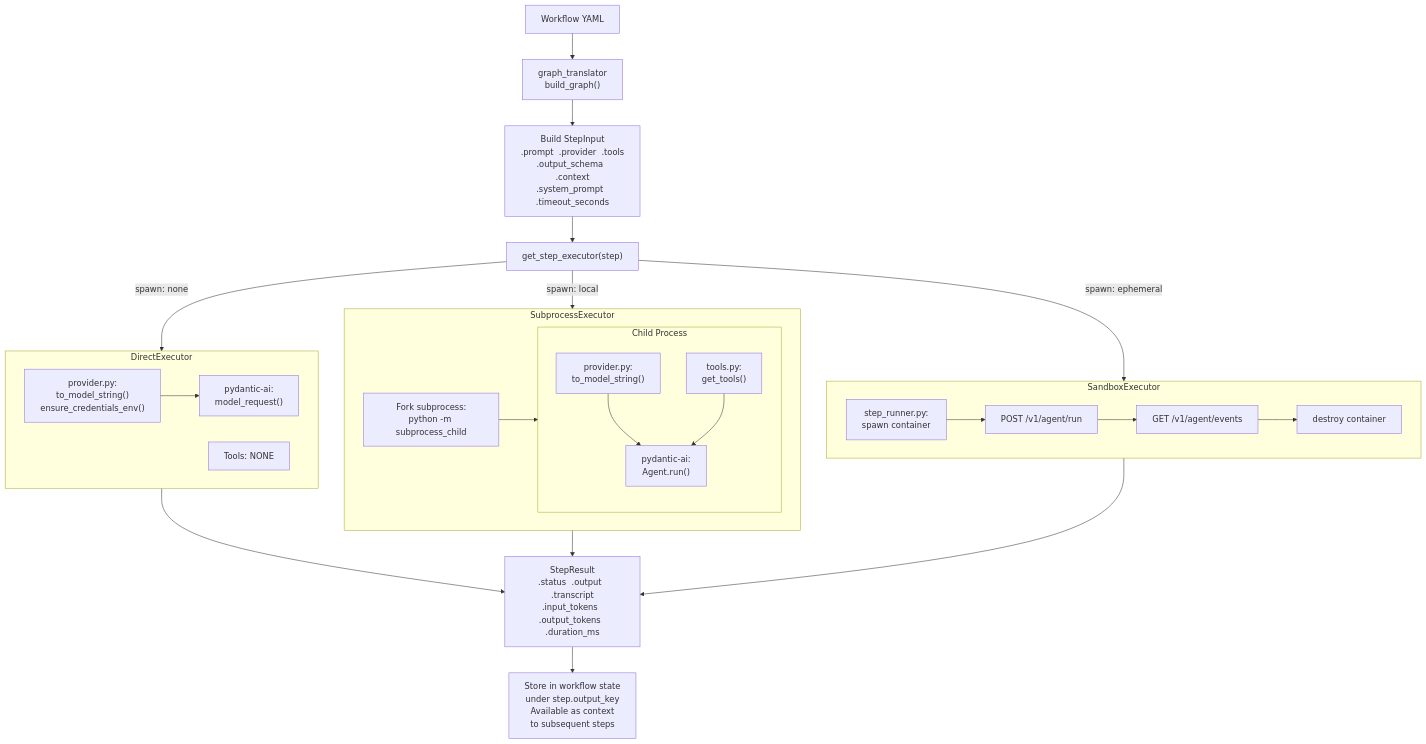
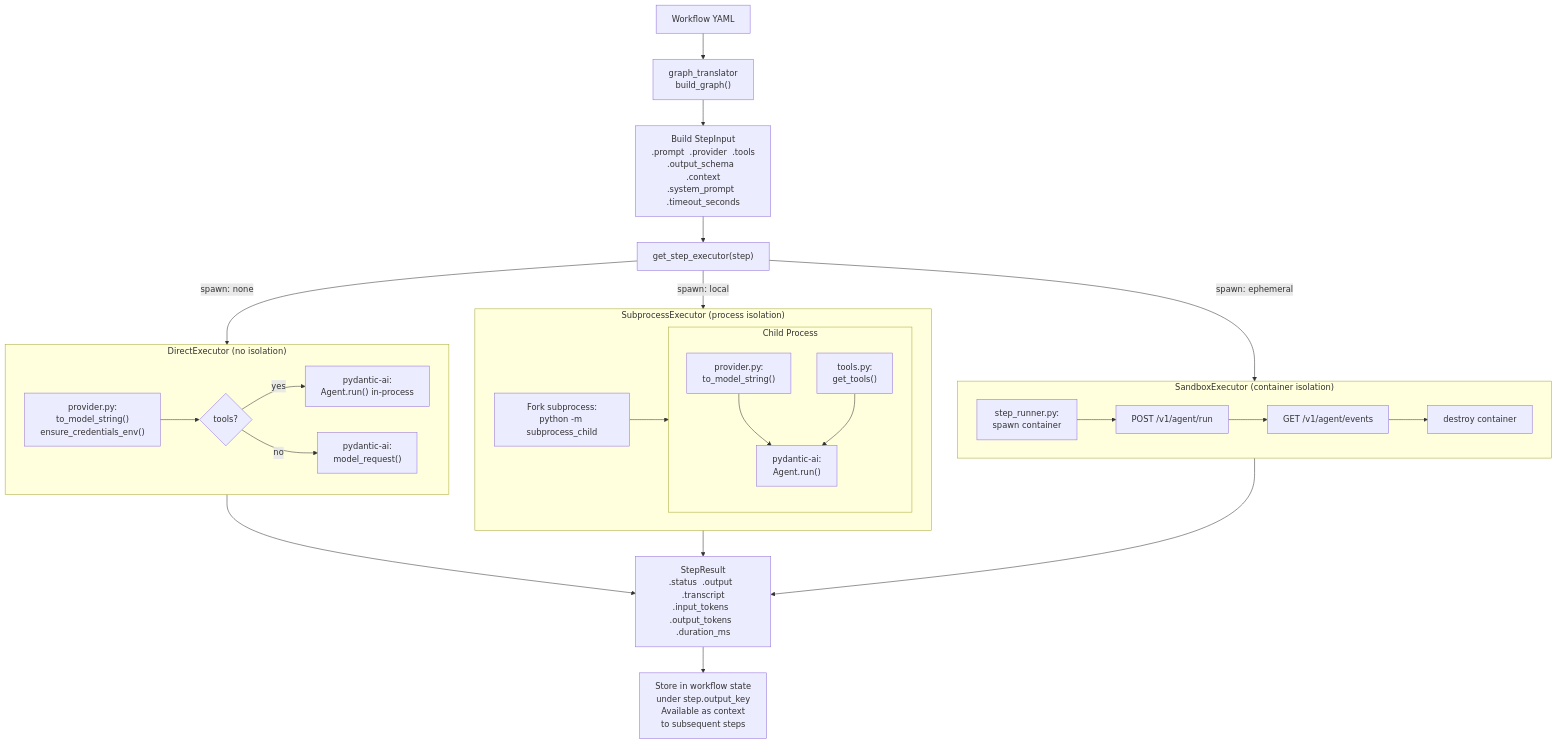
Before and after one commit to jameswnl/lightspeed-cloud-agents: the third of 6 diagrams in docs/tool-registry-architecture.md, drawn with Mermaid. The commit also changed other lines of this file, not shown here.

First line of the commit message:
Address review feedback: mark planned features, add MCP/skills roadmap

````diff
--- a/docs/tool-registry-architecture.md
+++ b/docs/tool-registry-architecture.md
@@ -72,45 +94,48 @@
 ```mermaid
 flowchart TD
     yaml["Workflow YAML"] --> translator["graph_translator<br/>build_graph()"]
 
     translator --> stepinput["Build StepInput<br/>.prompt  .provider  .tools<br/>.output_schema  .context<br/>.system_prompt  .timeout_seconds"]
 
     stepinput --> dispatch["get_step_executor(step)"]
 
     dispatch -->|"spawn: none"| direct
     dispatch -->|"spawn: local"| subprocess
     dispatch -->|"spawn: ephemeral"| sandbox
 
-    subgraph direct["DirectExecutor"]
+    subgraph direct["DirectExecutor (no isolation)"]
         d_provider["provider.py:<br/>to_model_string()<br/>ensure_credentials_env()"]
+        d_check{"tools?"}
+        d_agent["pydantic-ai:<br/>Agent.run() in-process"]
         d_llm["pydantic-ai:<br/>model_request()"]
-        d_tools["Tools: NONE"]
-        d_provider --> d_llm
+        d_provider --> d_check
+        d_check -->|"yes"| d_agent
+        d_check -->|"no"| d_llm
     end
 
-    subgraph subprocess["SubprocessExecutor"]
+    subgraph subprocess["SubprocessExecutor (process isolation)"]
         s_fork["Fork subprocess:<br/>python -m subprocess_child"]
         subgraph child_proc["Child Process"]
             s_provider["provider.py:<br/>to_model_string()"]
             s_tools["tools.py:<br/>get_tools()"]
             s_agent["pydantic-ai:<br/>Agent.run()"]
             s_provider --> s_agent
             s_tools --> s_agent
         end
         s_fork --> child_proc
     end
 
-    subgraph sandbox["SandboxExecutor"]
+    subgraph sandbox["SandboxExecutor (container isolation)"]
         sb_spawn["step_runner.py:<br/>spawn container"]
         sb_run["POST /v1/agent/run"]
         sb_events["GET /v1/agent/events"]
         sb_destroy["destroy container"]
         sb_spawn --> sb_run --> sb_events --> sb_destroy
     end
 
     direct --> result["StepResult<br/>.status  .output  .transcript<br/>.input_tokens  .output_tokens  .duration_ms"]
     subprocess --> result
     sandbox --> result
 
     result --> state["Store in workflow state<br/>under step.output_key<br/>Available as context<br/>to subsequent steps"]
 ```
````
